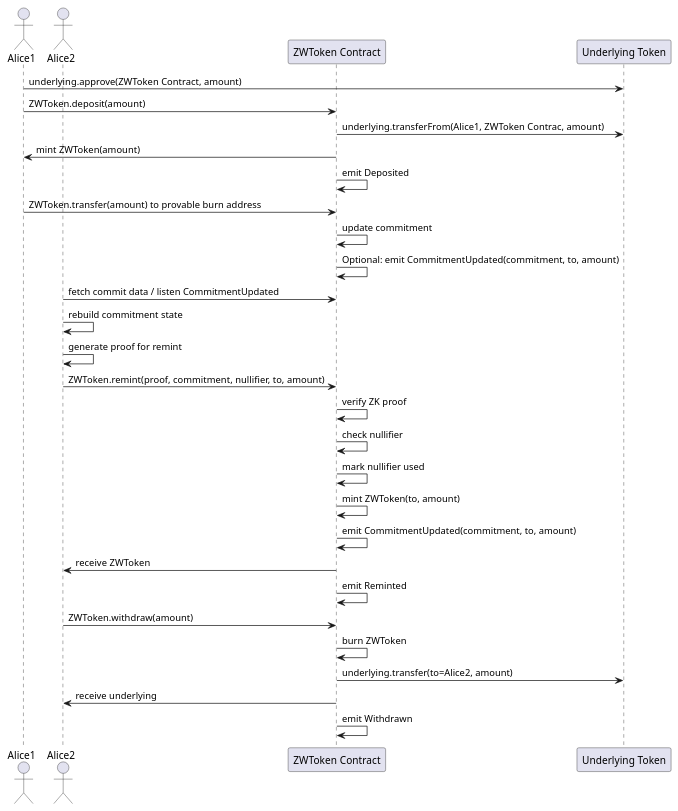
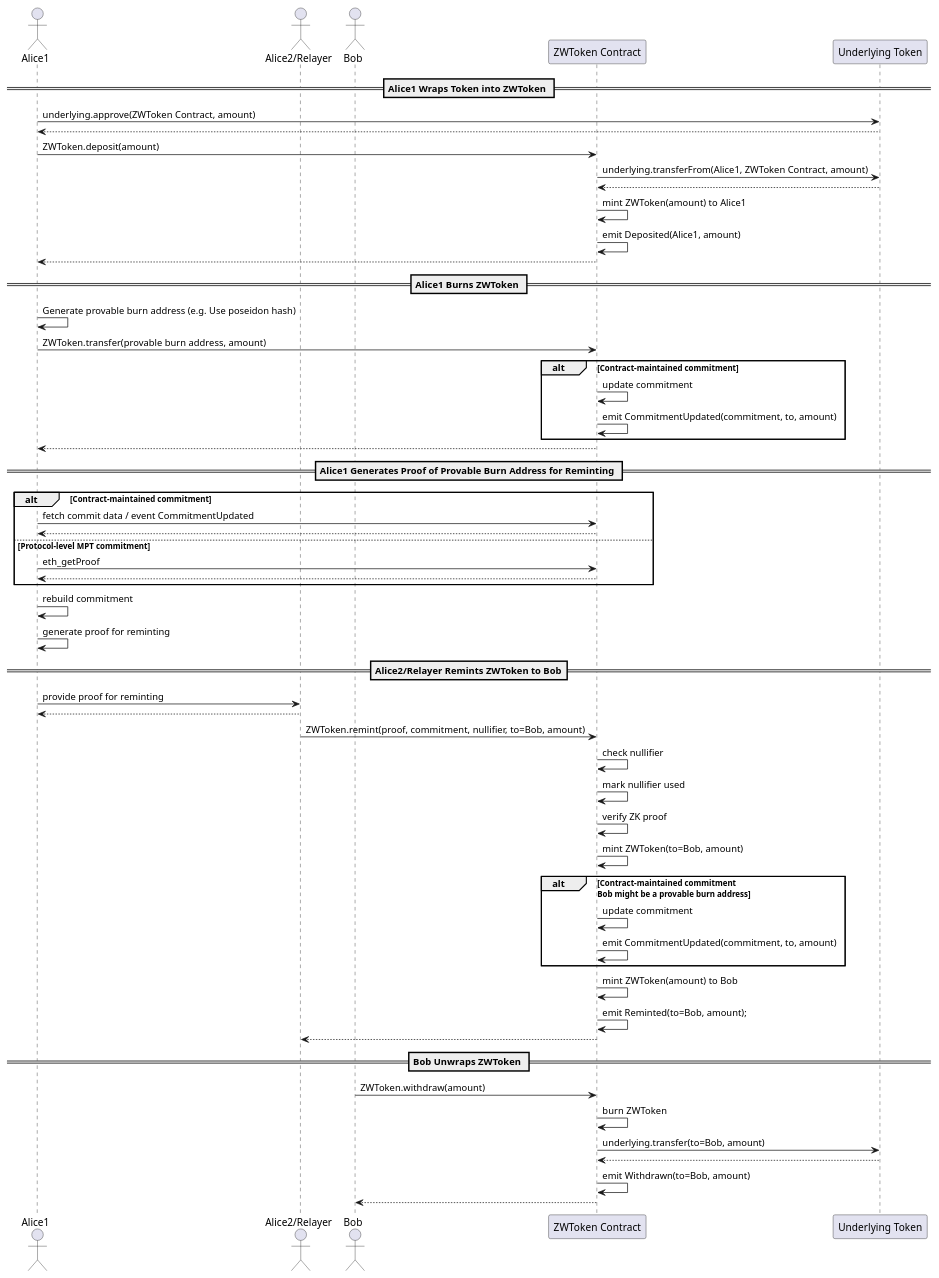
The diagram in assets/erc-1004/flow.pu (0xNullLabs/ERC-1004-Zero-Knowledge-Token-Wrapper), drawn with PlantUML before and after one commit. The commit also changed 3 other files, not shown here.

Commit message:
Update ERC-1004: Upate flow and interfaces

```diff
--- a/assets/erc-1004/flow.pu
+++ b/assets/erc-1004/flow.pu
@@ -2,35 +2,61 @@
 @startuml
 actor Alice1
-actor Alice2
+actor "Alice2/Relayer" as Alice2
+actor Bob
 participant "ZWToken Contract" as ZW
 participant "Underlying Token" as U
 
+== Alice1 Wraps Token into ZWToken ==
 Alice1 -> U : underlying.approve(ZWToken Contract, amount)
+Alice1 <-- U
 Alice1 -> ZW : ZWToken.deposit(amount)
-ZW -> U : underlying.transferFrom(Alice1, ZWToken Contrac, amount)
-ZW -> Alice1 : mint ZWToken(amount)
-ZW -> ZW : emit Deposited
+ZW -> U : underlying.transferFrom(Alice1, ZWToken Contract, amount)
+ZW <-- U
+ZW -> ZW : mint ZWToken(amount) to Alice1
+ZW -> ZW : emit Deposited(Alice1, amount)
+Alice1 <-- ZW
 
-Alice1 -> ZW : ZWToken.transfer(amount) to provable burn address
-ZW -> ZW : update commitment
-ZW -> ZW : Optional: emit CommitmentUpdated(commitment, to, amount)
+== Alice1 Burns ZWToken ==
+Alice1 -> Alice1: Generate provable burn address (e.g. Use poseidon hash)
+Alice1 -> ZW : ZWToken.transfer(provable burn address, amount)
+alt Contract-maintained commitment
+    ZW -> ZW : update commitment
+    ZW -> ZW : emit CommitmentUpdated(commitment, to, amount)
+end
+Alice1 <-- ZW
 
-Alice2 -> ZW : fetch commit data / listen CommitmentUpdated
-Alice2 -> Alice2 : rebuild commitment state
-Alice2 -> Alice2 : generate proof for remint
+== Alice1 Generates Proof of Provable Burn Address for Reminting ==
+alt Contract-maintained commitment
+    Alice1 -> ZW : fetch commit data / event CommitmentUpdated
+    Alice1 <-- ZW
+else Protocol-level MPT commitment
+    Alice1 -> ZW : eth_getProof
+    Alice1 <-- ZW
+end
+Alice1 -> Alice1 : rebuild commitment
+Alice1 -> Alice1 : generate proof for reminting
 
-Alice2 -> ZW : ZWToken.remint(proof, commitment, nullifier, to, amount)
-ZW -> ZW : verify ZK proof
+== Alice2/Relayer Remints ZWToken to Bob==
+Alice1 -> Alice2 : provide proof for reminting
+Alice1 <-- Alice2
+Alice2 -> ZW : ZWToken.remint(proof, commitment, nullifier, to=Bob, amount)
 ZW -> ZW : check nullifier
 ZW -> ZW : mark nullifier used
-ZW -> ZW : mint ZWToken(to, amount)
-ZW -> ZW : emit CommitmentUpdated(commitment, to, amount)
-ZW -> Alice2 : receive ZWToken
-ZW -> ZW : emit Reminted
+ZW -> ZW : verify ZK proof
+ZW -> ZW : mint ZWToken(to=Bob, amount)
+alt Contract-maintained commitment\nBob might be a provable burn address
+    ZW -> ZW : update commitment
+    ZW -> ZW : emit CommitmentUpdated(commitment, to, amount)
+end
+ZW -> ZW : mint ZWToken(amount) to Bob
+ZW -> ZW : emit Reminted(to=Bob, amount);
+Alice2 <-- ZW
 
-Alice2 -> ZW : ZWToken.withdraw(amount)
+== Bob Unwraps ZWToken ==
+Bob -> ZW : ZWToken.withdraw(amount)
 ZW -> ZW : burn ZWToken
-ZW -> U : underlying.transfer(to=Alice2, amount)
-ZW -> Alice2 : receive underlying
-ZW -> ZW : emit Withdrawn
+ZW -> U : underlying.transfer(to=Bob, amount)
+ZW <-- U
+ZW -> ZW : emit Withdrawn(to=Bob, amount)
+Bob <-- ZW
 @enduml
```
